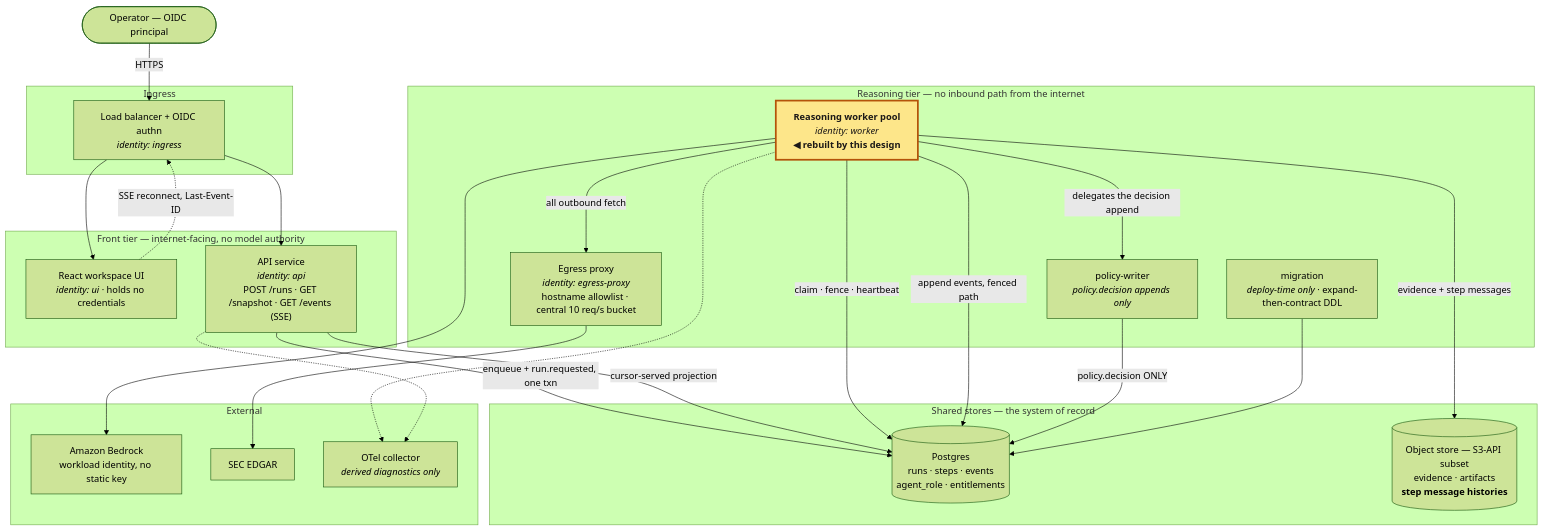
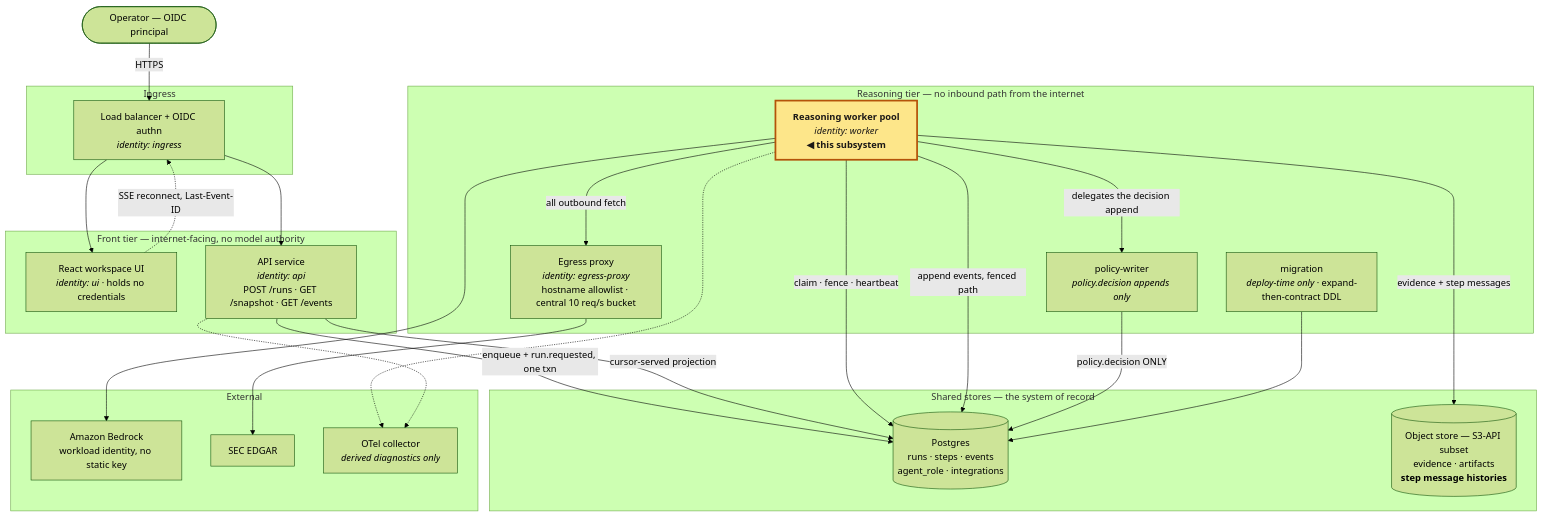
The first of 5 diagrams in docs/architecture/pydantic-ai-worker-runtime/worker-runtime.md (eugenelim/company-intelligence-desk), drawn with Mermaid (forest theme) before and after one commit. The commit also changed other lines of this file and 10 other files, not shown here.

First line of the commit message:
docs(architecture): restructure both architecture docs model-first

````diff
--- a/docs/architecture/pydantic-ai-worker-runtime/worker-runtime.md
+++ b/docs/architecture/pydantic-ai-worker-runtime/worker-runtime.md
@@ -208,52 +115,54 @@
 ```mermaid
 flowchart TB
+%% Question: which deployable holds which identity, and which one does this design rebuild?
+%% Zoom: container
     USER(["Operator — OIDC principal"]) -->|HTTPS| LB
 
     subgraph edge["Ingress"]
         LB["Load balancer + OIDC authn<br/><i>identity: ingress</i>"]
     end
 
     subgraph front["Front tier — internet-facing, no model authority"]
         UI["React workspace UI<br/><i>identity: ui</i> · holds no credentials"]
-        API["API service<br/><i>identity: api</i><br/>POST /runs · GET /snapshot · GET /events (SSE)"]
+        API["API service<br/><i>identity: api</i><br/>POST /runs · GET /snapshot · GET /events"]
     end
 
     subgraph back["Reasoning tier — no inbound path from the internet"]
-        W["<b>Reasoning worker pool</b><br/><i>identity: worker</i><br/><b>◀ rebuilt by this design</b>"]
+        W["<b>Reasoning worker pool</b><br/><i>identity: worker</i><br/><b>◀ this subsystem</b>"]
         PW["policy-writer<br/><i>policy.decision appends only</i>"]
         PROXY["Egress proxy<br/><i>identity: egress-proxy</i><br/>hostname allowlist · central 10 req/s bucket"]
         MIG["migration<br/><i>deploy-time only</i> · expand-then-contract DDL"]
     end
 
     subgraph stores["Shared stores — the system of record"]
-        PG[("Postgres<br/>runs · steps · events<br/>agent_role · entitlements")]
+        PG[("Postgres<br/>runs · steps · events<br/>agent_role · integrations")]
         OBJ[("Object store — S3-API subset<br/>evidence · artifacts<br/><b>step message histories</b>")]
     end
 
     subgraph ext["External"]
         BR["Amazon Bedrock<br/>workload identity, no static key"]
         SEC["SEC EDGAR"]
         OTEL["OTel collector<br/><i>derived diagnostics only</i>"]
     end
 
     LB --> UI
     LB --> API
     UI -.->|SSE reconnect, Last-Event-ID| LB
     API -->|enqueue + run.requested, one txn| PG
     API -->|cursor-served projection| PG
 
     W -->|claim · fence · heartbeat| PG
     W -->|append events, fenced path| PG
     W -->|delegates the decision append| PW
     PW -->|policy.decision ONLY| PG
     W -->|evidence + step messages| OBJ
     W --> BR
     W -->|all outbound fetch| PROXY --> SEC
     MIG --> PG
 
     W -.-> OTEL
     API -.-> OTEL
 
     classDef changed fill:#fde68a,stroke:#b45309,stroke-width:3px,color:#1c1917
     class W changed
 ```
````
